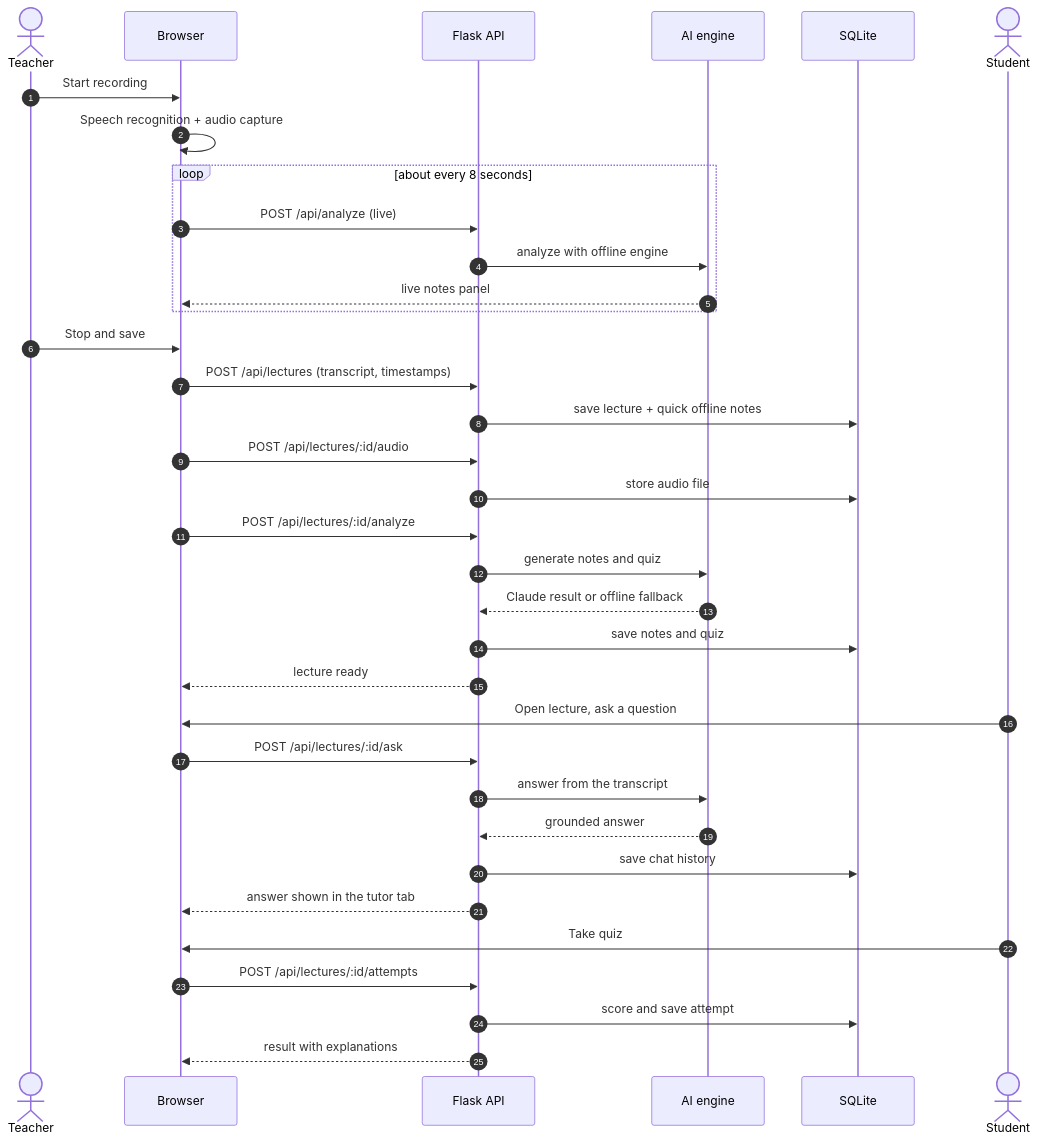
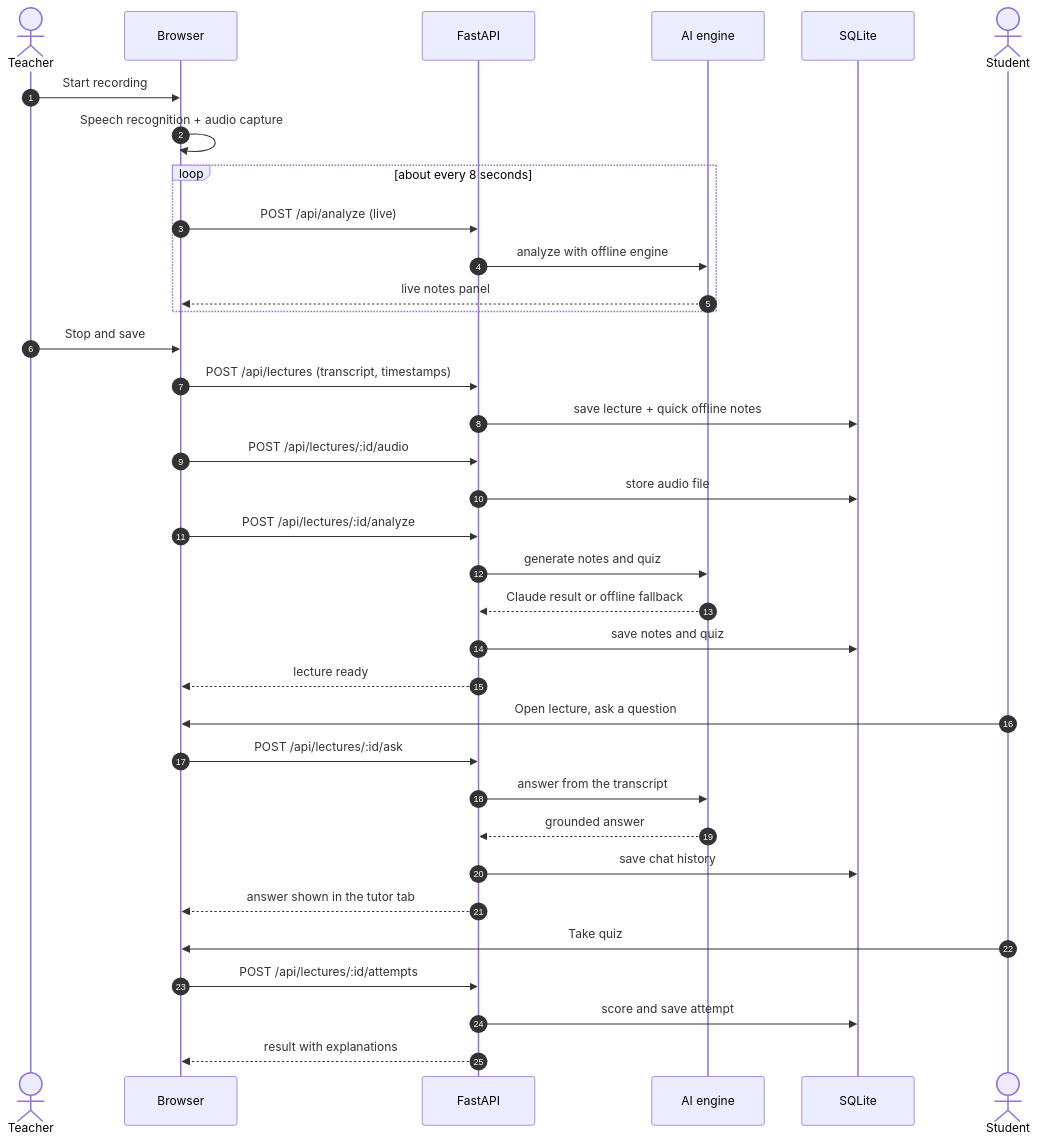
The second of 9 diagrams in README.md (Kaifkhurshid7/classmind-ai), drawn with Mermaid before and after one commit. The commit also changed other lines of this file and 5 other files, not shown here.

Commit message:
feat: migrate backend from Flask to FastAPI; update Dockerfile, Makefile, README, and tests; add PostgreSQL support in docker-compose

````diff
--- a/README.md
+++ b/README.md
@@ -130,39 +130,39 @@
 ```mermaid
 sequenceDiagram
     autonumber
     actor T as Teacher
     participant B as Browser
-    participant A as Flask API
+    participant A as FastAPI
     participant E as AI engine
     participant D as SQLite
     actor S as Student
 
     T->>B: Start recording
     B->>B: Speech recognition + audio capture
     loop about every 8 seconds
         B->>A: POST /api/analyze (live)
         A->>E: analyze with offline engine
         E-->>B: live notes panel
     end
     T->>B: Stop and save
     B->>A: POST /api/lectures (transcript, timestamps)
     A->>D: save lecture + quick offline notes
     B->>A: POST /api/lectures/:id/audio
     A->>D: store audio file
     B->>A: POST /api/lectures/:id/analyze
     A->>E: generate notes and quiz
     E-->>A: Claude result or offline fallback
     A->>D: save notes and quiz
     A-->>B: lecture ready
 
     S->>B: Open lecture, ask a question
     B->>A: POST /api/lectures/:id/ask
     A->>E: answer from the transcript
     E-->>A: grounded answer
     A->>D: save chat history
     A-->>B: answer shown in the tutor tab
     S->>B: Take quiz
     B->>A: POST /api/lectures/:id/attempts
     A->>D: score and save attempt
     A-->>B: result with explanations
 ```
````
